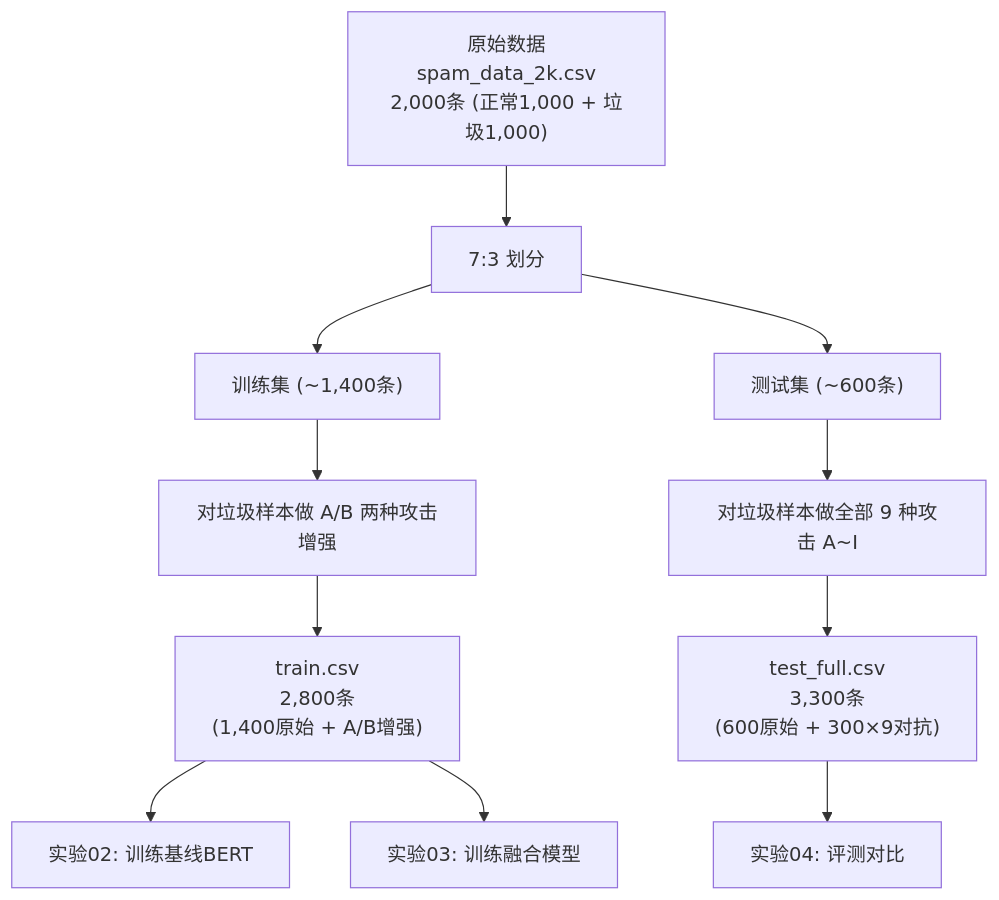
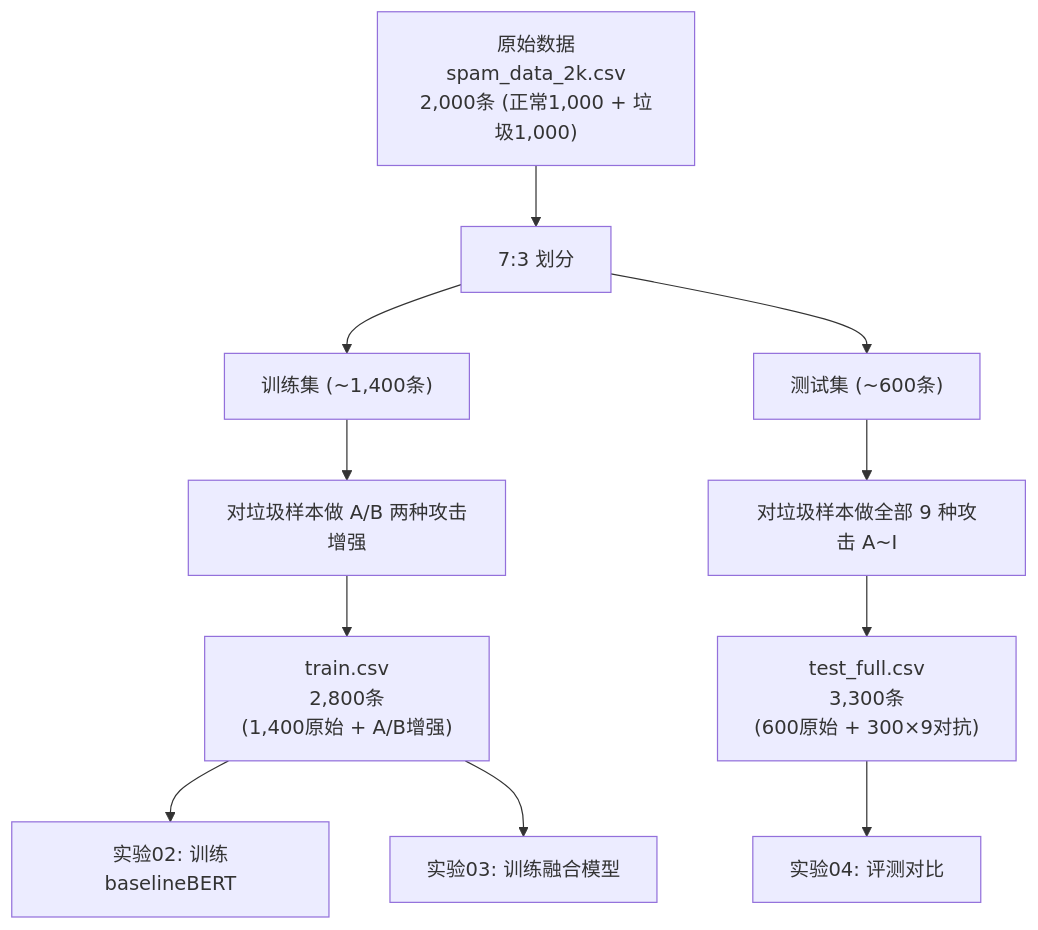
The second of 3 diagrams in README.md (meijn572/text-defence), drawn with Mermaid before and after one commit. The commit also changed other lines of this file and 60 other files, not shown here.

````diff
--- a/README.md
+++ b/README.md
@@ -232,16 +232,16 @@
 ```mermaid
 flowchart TD
     A["原始数据<br/>spam_data_2k.csv<br/>2,000条 (正常1,000 + 垃圾1,000)"] --> B["7:3 划分"]
     B --> C["训练集 (~1,400条)"]
     B --> D["测试集 (~600条)"]
     
     C --> C1["对垃圾样本做 A/B 两种攻击增强"]
     C1 --> C2["train.csv<br/>2,800条<br/>(1,400原始 + A/B增强)"]
     
     D --> D1["对垃圾样本做全部 9 种攻击 A~I"]
     D1 --> D2["test_full.csv<br/>3,300条<br/>(600原始 + 300×9对抗)"]
     
-    C2 --> E["实验02: 训练基线BERT"]
+    C2 --> E["实验02: 训练baselineBERT"]
     C2 --> F["实验03: 训练融合模型"]
     D2 --> G["实验04: 评测对比"]
 ```
````
